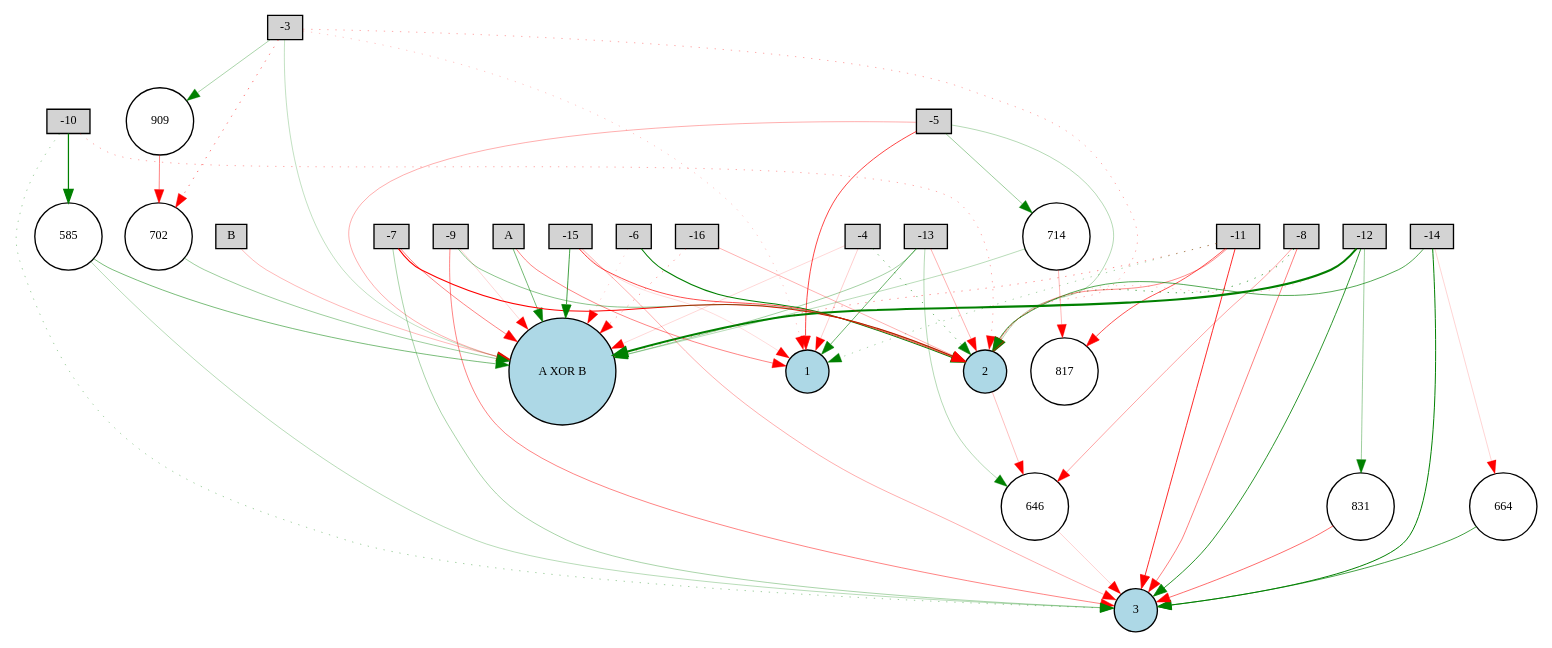
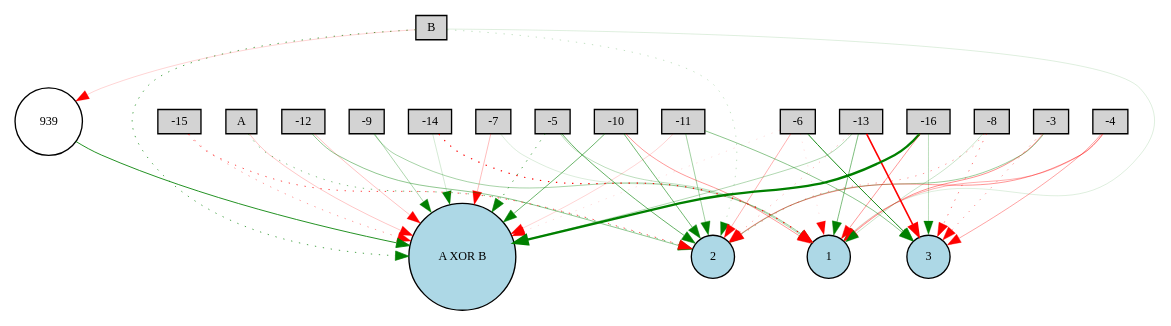
One commit to bmfelipe/2048AI changed the diagram in Digraph.gv. Above: the diagram before and after it, drawn with Graphviz. The commit also changed 16 other files, not shown here.

```diff
--- a/Digraph.gv
+++ b/Digraph.gv
@@ -1,92 +1,70 @@
 digraph {
 	node [fontsize=9 height=0.2 shape=circle width=0.2]
 	A [fillcolor=lightgray shape=box style=filled]
 	B [fillcolor=lightgray shape=box style=filled]
 	-3 [fillcolor=lightgray shape=box style=filled]
 	-4 [fillcolor=lightgray shape=box style=filled]
 	-5 [fillcolor=lightgray shape=box style=filled]
 	-6 [fillcolor=lightgray shape=box style=filled]
 	-7 [fillcolor=lightgray shape=box style=filled]
 	-8 [fillcolor=lightgray shape=box style=filled]
 	-9 [fillcolor=lightgray shape=box style=filled]
 	-10 [fillcolor=lightgray shape=box style=filled]
 	-11 [fillcolor=lightgray shape=box style=filled]
 	-12 [fillcolor=lightgray shape=box style=filled]
 	-13 [fillcolor=lightgray shape=box style=filled]
 	-14 [fillcolor=lightgray shape=box style=filled]
 	-15 [fillcolor=lightgray shape=box style=filled]
 	-16 [fillcolor=lightgray shape=box style=filled]
 	"A XOR B" [fillcolor=lightblue style=filled]
 	1 [fillcolor=lightblue style=filled]
 	2 [fillcolor=lightblue style=filled]
 	3 [fillcolor=lightblue style=filled]
-	646 [fillcolor=white style=filled]
-	585 [fillcolor=white style=filled]
-	714 [fillcolor=white style=filled]
-	909 [fillcolor=white style=filled]
-	817 [fillcolor=white style=filled]
-	664 [fillcolor=white style=filled]
-	702 [fillcolor=white style=filled]
-	831 [fillcolor=white style=filled]
-	A -> "A XOR B" [color=green penwidth=0.41331610147810416 style=solid]
-	A -> 1 [color=red penwidth=0.35548426926017673 style=solid]
-	B -> "A XOR B" [color=red penwidth=0.21026336241368138 style=solid]
-	-3 -> "A XOR B" [color=green penwidth=0.17828913612137015 style=solid]
-	-3 -> 1 [color=red penwidth=0.1690292534307956 style=dotted]
-	-3 -> 2 [color=red penwidth=0.2499307365973173 style=dotted]
-	-4 -> "A XOR B" [color=red penwidth=0.12274696907549697 style=solid]
-	-4 -> 1 [color=red penwidth=0.1457342564711383 style=solid]
-	-4 -> 2 [color=green penwidth=0.4496251277614012 style=dotted]
-	-5 -> "A XOR B" [color=red penwidth=0.24045398874917925 style=solid]
-	-5 -> 1 [color=red penwidth=0.5449143400397292 style=solid]
-	-5 -> 2 [color=green penwidth=0.22434881775204132 style=solid]
-	-6 -> "A XOR B" [color=red penwidth=0.13838976509990236 style=dotted]
-	-6 -> 2 [color=green penwidth=0.801797248775218 style=solid]
-	-7 -> "A XOR B" [color=red penwidth=0.3562438218556633 style=solid]
-	-7 -> 2 [color=red penwidth=0.7755113808869459 style=solid]
-	-7 -> 3 [color=green penwidth=0.2537068805638638 style=solid]
-	-8 -> 2 [color=green penwidth=0.5091704896356111 style=dotted]
-	-8 -> 3 [color=red penwidth=0.3824606940627532 style=solid]
-	-9 -> "A XOR B" [color=red penwidth=0.13143123937886564 style=solid]
-	-9 -> 2 [color=green penwidth=0.3446134063827686 style=solid]
-	-9 -> 3 [color=red penwidth=0.36392896657212914 style=solid]
-	-10 -> 2 [color=red penwidth=0.24615626825822481 style=dotted]
-	-10 -> 3 [color=green penwidth=0.2842881285427873 style=dotted]
-	-11 -> "A XOR B" [color=red penwidth=0.3321953244411783 style=dotted]
-	-11 -> 1 [color=green penwidth=0.2593379049072252 style=dotted]
-	-11 -> 2 [color=red penwidth=0.3449683822971331 style=solid]
-	-11 -> 3 [color=red penwidth=0.6184691889447375 style=solid]
-	-12 -> "A XOR B" [color=green penwidth=1.5153768213834988 style=solid]
-	-12 -> 2 [color=red penwidth=0.17029077426476313 style=dotted]
-	-12 -> 3 [color=green penwidth=0.6102820532125364 style=solid]
-	-13 -> "A XOR B" [color=green penwidth=0.26918059485031604 style=solid]
-	-13 -> 1 [color=green penwidth=0.43549228760603964 style=solid]
-	-13 -> 2 [color=red penwidth=0.225910486172471 style=solid]
-	-14 -> 2 [color=green penwidth=0.5047339111275215 style=solid]
-	-14 -> 3 [color=green penwidth=0.7357402370023713 style=solid]
-	-15 -> "A XOR B" [color=green penwidth=0.5518797897085868 style=solid]
-	-15 -> 2 [color=red penwidth=0.5239179383546371 style=solid]
-	-15 -> 3 [color=red penwidth=0.24077561130180125 style=solid]
-	-16 -> "A XOR B" [color=red penwidth=0.32364744676406115 style=dotted]
-	-16 -> 2 [color=red penwidth=0.2323218427147322 style=solid]
-	-10 -> 585 [color=green penwidth=0.9182119673799832 style=solid]
-	585 -> 3 [color=green penwidth=0.2091548991512902 style=solid]
-	-13 -> 646 [color=green penwidth=0.221119430848889 style=solid]
-	-14 -> 664 [color=red penwidth=0.12971323550219147 style=solid]
-	664 -> 3 [color=green penwidth=0.5521229732113913 style=solid]
-	-3 -> 702 [color=red penwidth=0.4097322539418847 style=dotted]
-	702 -> "A XOR B" [color=green penwidth=0.2896654782024645 style=solid]
-	585 -> "A XOR B" [color=green penwidth=0.3937877387353488 style=solid]
-	-5 -> 714 [color=green penwidth=0.29230233876234446 style=solid]
-	714 -> "A XOR B" [color=green penwidth=0.21347914907264923 style=solid]
-	-15 -> 1 [color=red penwidth=0.1126302493548048 style=solid]
-	714 -> 817 [color=red penwidth=0.21260257889618256 style=solid]
-	-12 -> 831 [color=green penwidth=0.28651473516077897 style=solid]
-	831 -> 3 [color=red penwidth=0.4307456559449627 style=solid]
-	-11 -> 817 [color=red penwidth=0.5046131921612881 style=solid]
-	-8 -> 646 [color=red penwidth=0.2697023217762975 style=solid]
-	2 -> 646 [color=red penwidth=0.1904459308994993 style=solid]
-	-3 -> 909 [color=green penwidth=0.2525265865157189 style=solid]
-	909 -> 702 [color=red penwidth=0.3605695949719624 style=solid]
-	646 -> 3 [color=red penwidth=0.1447513836598327 style=solid]
+	939 [fillcolor=white style=filled]
+	A -> "A XOR B" [color=red penwidth=0.1662553726969121 style=solid]
+	A -> 2 [color=green penwidth=0.37661178464140865 style=dotted]
+	B -> "A XOR B" [color=green penwidth=0.5162850773991904 style=dotted]
+	B -> 1 [color=green penwidth=0.10415644824822445 style=solid]
+	B -> 2 [color=green penwidth=0.18223160536331134 style=dotted]
+	-3 -> 1 [color=red penwidth=0.3300732042901028 style=solid]
+	-3 -> 3 [color=red penwidth=0.3039390965232651 style=dotted]
+	-4 -> 2 [color=red penwidth=0.31220084994814457 style=solid]
+	-4 -> 3 [color=red penwidth=0.26875776504964066 style=solid]
+	-5 -> "A XOR B" [color=green penwidth=0.5340005907954044 style=dotted]
+	-5 -> 1 [color=green penwidth=0.20233216512989843 style=solid]
+	-5 -> 2 [color=green penwidth=0.44862849899672874 style=solid]
+	-6 -> "A XOR B" [color=red penwidth=0.10836811904201345 style=dotted]
+	-6 -> 1 [color=red penwidth=0.10116682394196382 style=dotted]
+	-6 -> 2 [color=red penwidth=0.231880319170243 style=solid]
+	-6 -> 3 [color=green penwidth=0.681267265585553 style=solid]
+	-7 -> 1 [color=green penwidth=0.11482510788035427 style=solid]
+	-8 -> 2 [color=red penwidth=0.295712340620847 style=dotted]
+	-8 -> 3 [color=red penwidth=0.3857726583757116 style=dotted]
+	-9 -> 1 [color=green penwidth=0.25989003313852344 style=solid]
+	-10 -> "A XOR B" [color=green penwidth=0.4250537322149449 style=solid]
+	-10 -> 1 [color=red penwidth=0.30086534462574727 style=solid]
+	-10 -> 2 [color=green penwidth=0.41828883585625076 style=solid]
+	-11 -> "A XOR B" [color=red penwidth=0.13287504208347456 style=solid]
+	-11 -> 2 [color=green penwidth=0.28427486438548816 style=solid]
+	-11 -> 3 [color=green penwidth=0.3403989244701663 style=solid]
+	-12 -> "A XOR B" [color=red penwidth=0.18147979724579616 style=solid]
+	-12 -> 2 [color=green penwidth=0.3284551840128276 style=solid]
+	-13 -> "A XOR B" [color=green penwidth=0.23171381950212727 style=solid]
+	-13 -> 1 [color=green penwidth=0.379773706341736 style=solid]
+	-13 -> 2 [color=red penwidth=0.21962055524925167 style=dotted]
+	-13 -> 3 [color=red penwidth=1.1895349339347943 style=solid]
+	-14 -> "A XOR B" [color=green penwidth=0.12894641947654392 style=solid]
+	-14 -> 1 [color=red penwidth=0.8691642901430213 style=dotted]
+	-15 -> "A XOR B" [color=red penwidth=0.2958029403778625 style=dotted]
+	-15 -> 2 [color=red penwidth=0.5281329116235771 style=dotted]
+	-16 -> "A XOR B" [color=green penwidth=1.739397500306992 style=solid]
+	-16 -> 1 [color=red penwidth=0.30316576571867204 style=solid]
+	-16 -> 3 [color=green penwidth=0.19967972434093256 style=solid]
+	-9 -> "A XOR B" [color=green penwidth=0.24041821758550336 style=solid]
+	-3 -> 2 [color=green penwidth=0.29218750975310503 style=solid]
+	-7 -> "A XOR B" [color=red penwidth=0.19546334612825478 style=solid]
+	-4 -> 1 [color=red penwidth=0.240117767429411 style=solid]
+	B -> 939 [color=red penwidth=0.12771759024292703 style=solid]
+	939 -> "A XOR B" [color=green penwidth=0.6412308593857714 style=solid]
+	-8 -> 1 [color=green penwidth=0.16228619530191496 style=solid]
 }
```
